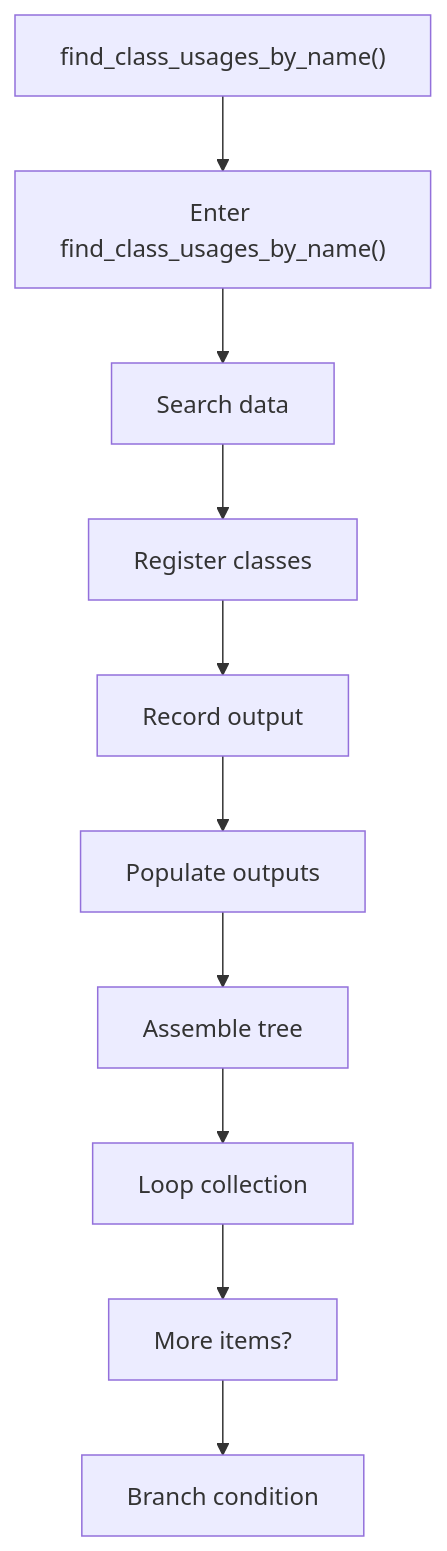
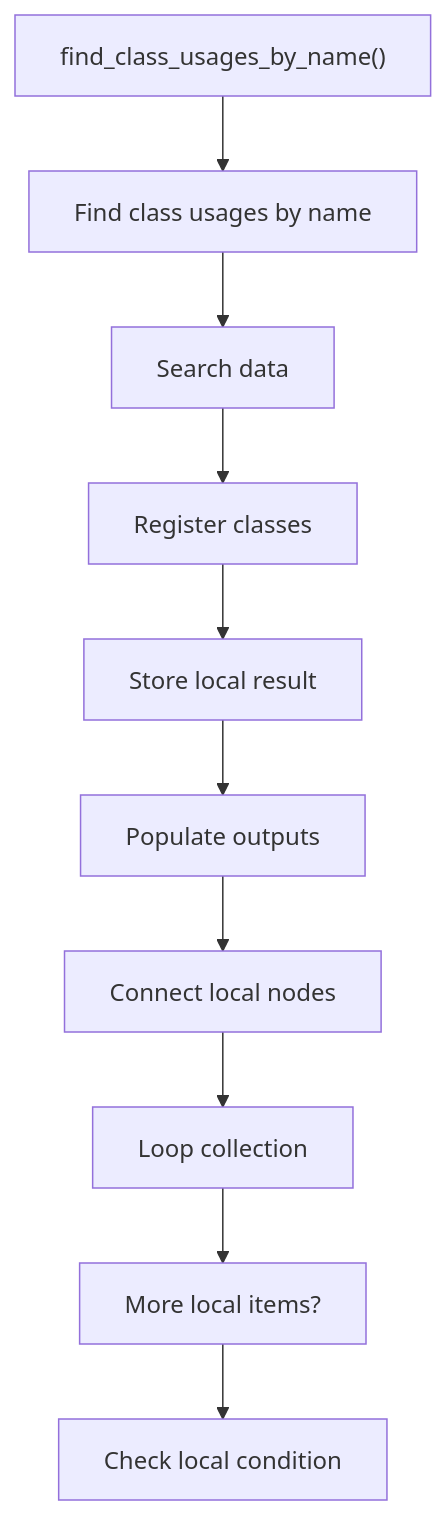
Before and after one commit to JohnAndrewBalbarosa/NeoTerritory: the first of 2 diagrams in docs/Codebase/Microservice/Modules/Source/Analysis/ImplementationUse/Resolution/Symbols/Query/Flow/functions/find_class_usages_by_name.cpp.md, drawn with Mermaid. The commit also changed other lines of this file and 925 other files, not shown here.

````diff
--- a/docs/Codebase/Microservice/Modules/Source/Analysis/ImplementationUse/Resolution/Symbols/Query/Flow/functions/find_class_usages_by_name.cpp.md
+++ b/docs/Codebase/Microservice/Modules/Source/Analysis/ImplementationUse/Resolution/Symbols/Query/Flow/functions/find_class_usages_by_name.cpp.md
@@ -29,22 +29,22 @@
 ```mermaid
 flowchart TD
     N0["find_class_usages_by_name()"]
-    N1["Enter find_class_usages_by_name()"]
+    N1["Find class usages by name"]
     N2["Search data"]
     N3["Register classes"]
-    N4["Record output"]
+    N4["Store local result"]
     N5["Populate outputs"]
-    N6["Assemble tree"]
+    N6["Connect local nodes"]
     N7["Loop collection"]
-    N8["More items?"]
-    N9["Branch condition"]
+    N8["More local items?"]
+    N9["Check local condition"]
     N0 --> N1
     N1 --> N2
     N2 --> N3
     N3 --> N4
     N4 --> N5
     N5 --> N6
     N6 --> N7
     N7 --> N8
     N8 --> N9
 ```
````
